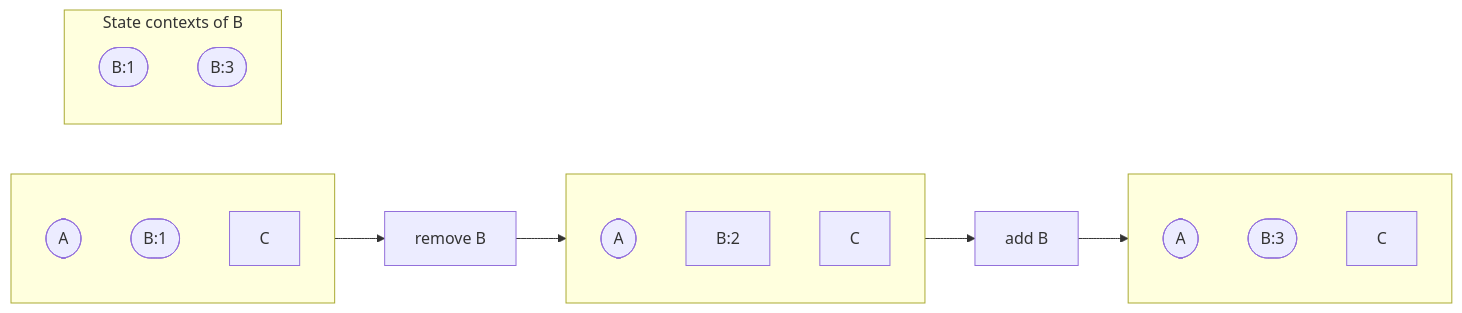
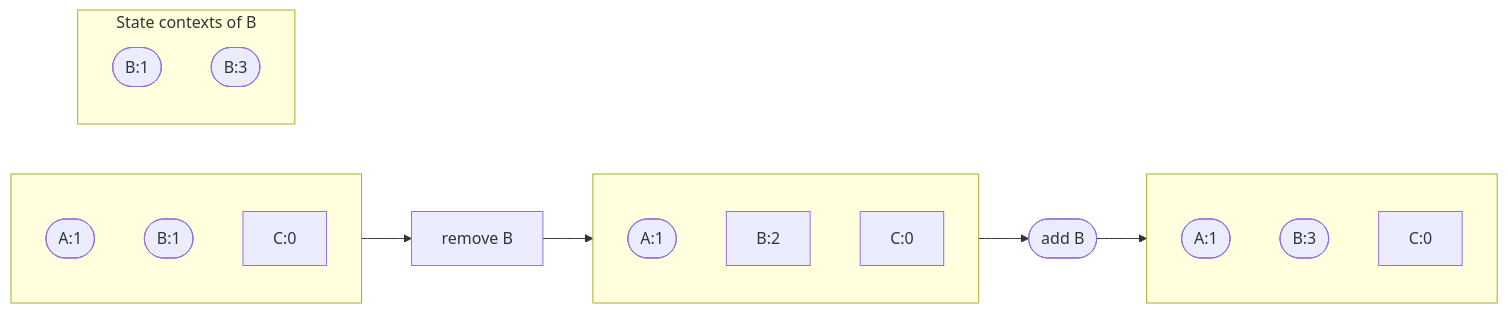
One commit to pancsta/asyncmachine-go changed the fourth of 12 diagrams in docs/diagrams.md. Above: the diagram before and after it, drawn with Mermaid. The commit also changed other lines of this file and 18 other files, not shown here.

````diff
--- a/docs/diagrams.md
+++ b/docs/diagrams.md
@@ -108,29 +108,29 @@
 ```mermaid
 flowchart LR
     subgraph ClockStep1[ ]
-            A1([A])
+            A1([A:1])
             B1([B:1])
-            C1[C]
+            C1[C:0]
         end
         ClockMutation1[remove B]
         subgraph ClockStep2[ ]
-            A2([A])
+            A2([A:1])
             B2[B:2]
-          C2[C]
+            C2[C:0]
         end
-        ClockMutation2[add B]
+        ClockMutation2([add B])
         subgraph ClockStep3[ ]
-          A3([A])
+          A3([A:1])
           B3([B:3])
-          C3[C]
+          C3[C:0]
         end
         subgraph ClockCtxs[State contexts of B]
           CtxB1([B:1])
           CtxB3([B:3])
         end
     ClockStep1 --> ClockMutation1 --> ClockStep2
     ClockStep2 --> ClockMutation2 --> ClockStep3
 %%    B1 --> CtxB1
 %%    B2 --> CtxB2
 %%    B3 --> CtxB3
 ```
````
